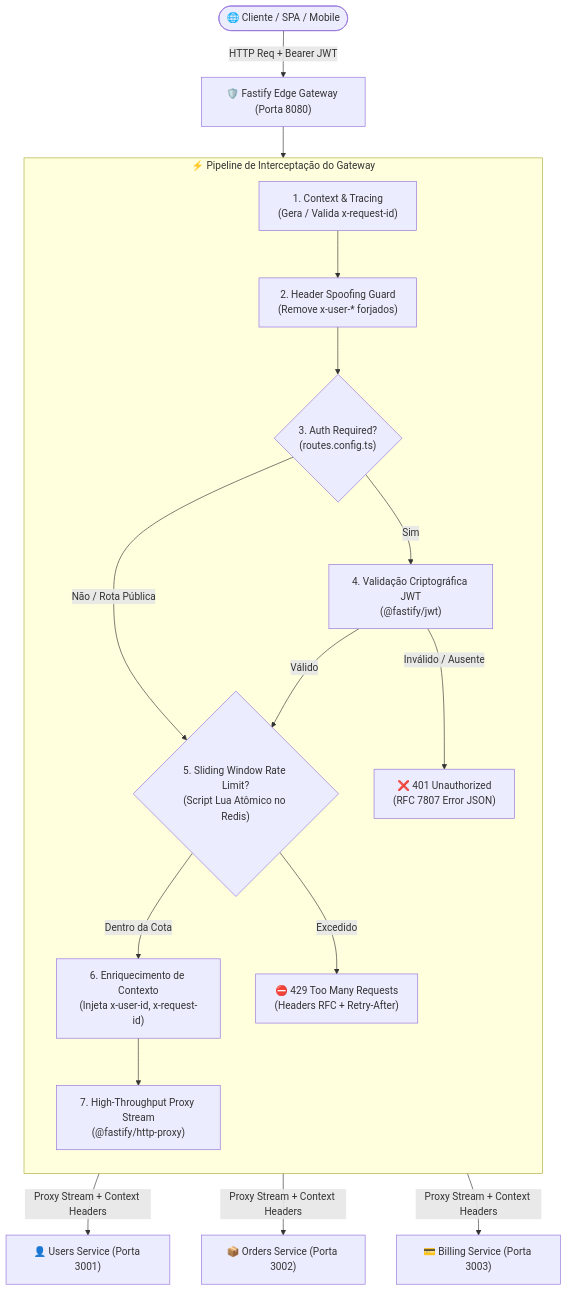
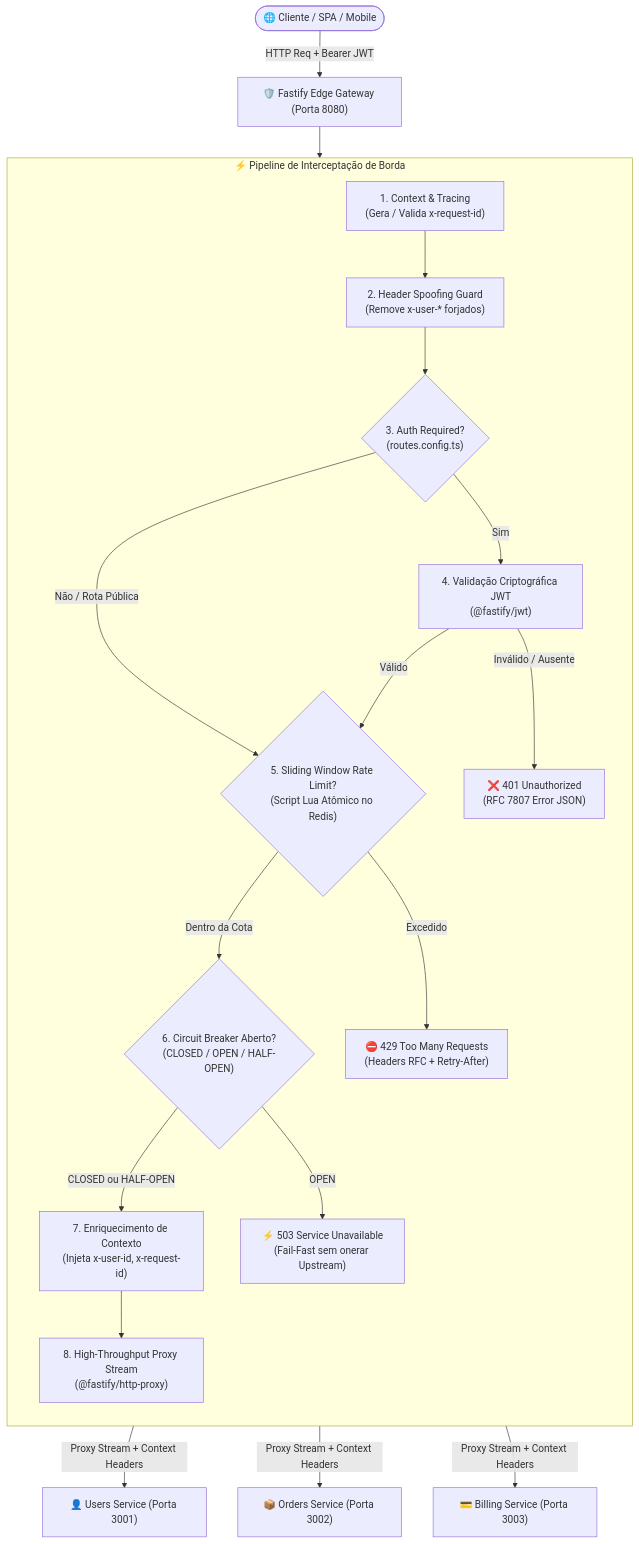
The first of 2 diagrams in README.md (ViktorGabriel/fastify-edge-api-gateway), drawn with Mermaid before and after one commit. The commit also changed other lines of this file and 8 other files, not shown here.

Commit message:
feat(resilience): implement circuit breaker pattern with CLOSED, OPEN, and HALF-OPEN states

````diff
--- a/README.md
+++ b/README.md
@@ -23,30 +22,33 @@
 ```mermaid
 flowchart TD
     Client(["🌐 Cliente / SPA / Mobile"]) -->|HTTP Req + Bearer JWT| Gateway["🛡️ Fastify Edge Gateway (Porta 8080)"]
 
-    subgraph Pipeline ["⚡ Pipeline de Interceptação do Gateway"]
+    subgraph Pipeline ["⚡ Pipeline de Interceptação de Borda"]
         direction TB
         Tracing["1. Context & Tracing<br/>(Gera / Valida x-request-id)"]
         SpoofGuard["2. Header Spoofing Guard<br/>(Remove x-user-* forjados)"]
         AuthCheck{"3. Auth Required?<br/>(routes.config.ts)"}
         JWTVerify["4. Validação Criptográfica JWT<br/>(@fastify/jwt)"]
         RateLimit{"5. Sliding Window Rate Limit?<br/>(Script Lua Atômico no Redis)"}
-        HeaderEnrich["6. Enriquecimento de Contexto<br/>(Injeta x-user-id, x-request-id)"]
-        ProxyStream["7. High-Throughput Proxy Stream<br/>(@fastify/http-proxy)"]
+        CircuitBreakerCheck{"6. Circuit Breaker Aberto?<br/>(CLOSED / OPEN / HALF-OPEN)"}
+        HeaderEnrich["7. Enriquecimento de Contexto<br/>(Injeta x-user-id, x-request-id)"]
+        ProxyStream["8. High-Throughput Proxy Stream<br/>(@fastify/http-proxy)"]
 
         Tracing --> SpoofGuard --> AuthCheck
         AuthCheck -->|Sim| JWTVerify
         AuthCheck -->|Não / Rota Pública| RateLimit
         JWTVerify -->|Válido| RateLimit
         JWTVerify -->|Inválido / Ausente| DenyAuth["❌ 401 Unauthorized<br/>(RFC 7807 Error JSON)"]
-        RateLimit -->|Dentro da Cota| HeaderEnrich
+        RateLimit -->|Dentro da Cota| CircuitBreakerCheck
         RateLimit -->|Excedido| DenyRL["⛔ 429 Too Many Requests<br/>(Headers RFC + Retry-After)"]
+        CircuitBreakerCheck -->|CLOSED ou HALF-OPEN| HeaderEnrich
+        CircuitBreakerCheck -->|OPEN| DenyCB["⚡ 503 Service Unavailable<br/>(Fail-Fast sem onerar Upstream)"]
         HeaderEnrich --> ProxyStream
     end
 
     Gateway --> Pipeline
 
     ProxyStream -->|Proxy Stream + Context Headers| SvcUsers["👤 Users Service (Porta 3001)"]
     ProxyStream -->|Proxy Stream + Context Headers| SvcOrders["📦 Orders Service (Porta 3002)"]
     ProxyStream -->|Proxy Stream + Context Headers| SvcBilling["💳 Billing Service (Porta 3003)"]
 ```
````
